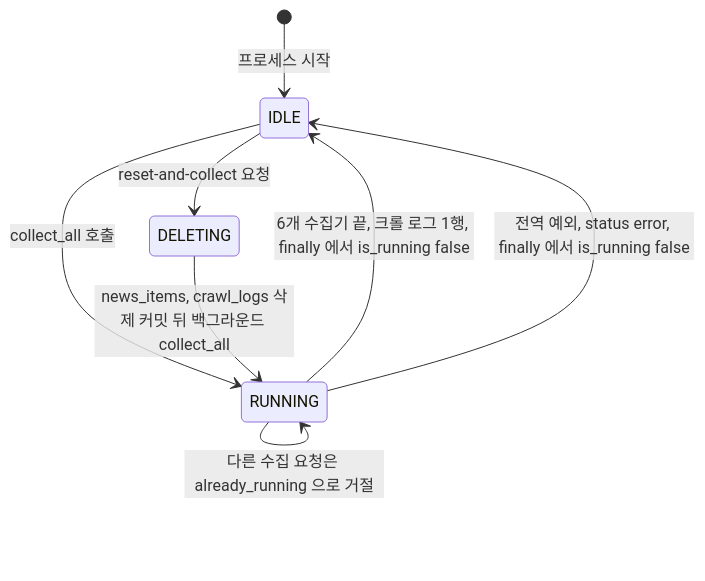
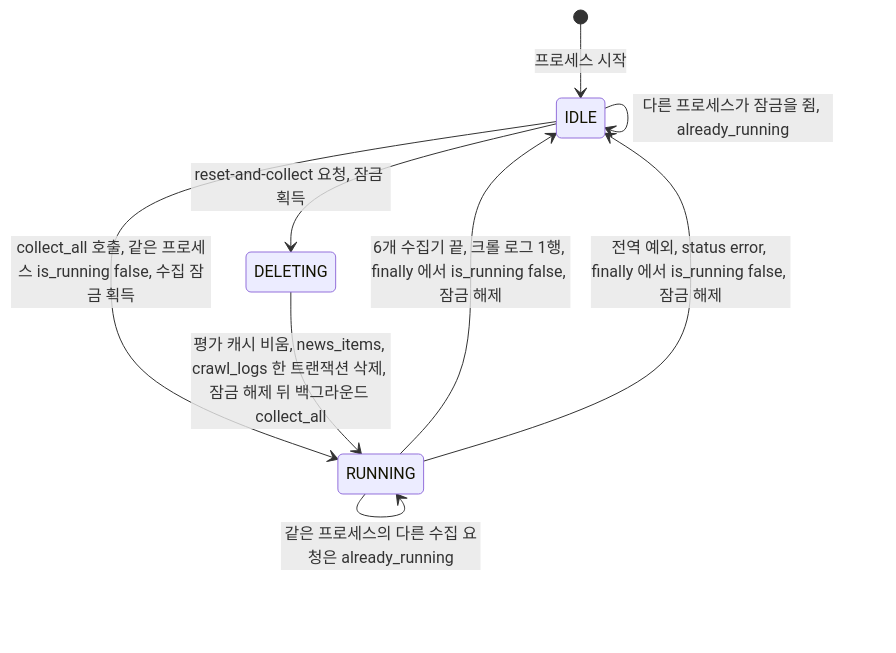
One commit to ozplayground/agent-lens changed the first of 6 diagrams in docs/spec-writer/03_POLICIES_AND_EDGES.md. Above: the diagram before and after it, drawn with Mermaid. The commit also changed other lines of this file and 216 other files, not shown here.

````diff
--- a/docs/spec-writer/03_POLICIES_AND_EDGES.md
+++ b/docs/spec-writer/03_POLICIES_AND_EDGES.md
@@ -20,10 +20,11 @@
 ```mermaid
 stateDiagram-v2
     [*] --> IDLE: 프로세스 시작
-    IDLE --> RUNNING: collect_all 호출
-    RUNNING --> RUNNING: 다른 수집 요청은 already_running 으로 거절
-    RUNNING --> IDLE: 6개 수집기 끝, 크롤 로그 1행, finally 에서 is_running false
-    IDLE --> DELETING: reset-and-collect 요청
-    DELETING --> RUNNING: news_items, crawl_logs 삭제 커밋 뒤 백그라운드 collect_all
-    RUNNING --> IDLE: 전역 예외, status error, finally 에서 is_running false
+    IDLE --> RUNNING: collect_all 호출, 같은 프로세스 is_running false, 수집 잠금 획득
+    IDLE --> IDLE: 다른 프로세스가 잠금을 쥠, already_running
+    RUNNING --> RUNNING: 같은 프로세스의 다른 수집 요청은 already_running
+    RUNNING --> IDLE: 6개 수집기 끝, 크롤 로그 1행, finally 에서 is_running false, 잠금 해제
+    IDLE --> DELETING: reset-and-collect 요청, 잠금 획득
+    DELETING --> RUNNING: 평가 캐시 비움, news_items, crawl_logs 한 트랜잭션 삭제, 잠금 해제 뒤 백그라운드 collect_all
+    RUNNING --> IDLE: 전역 예외, status error, finally 에서 is_running false, 잠금 해제
 ```
````
